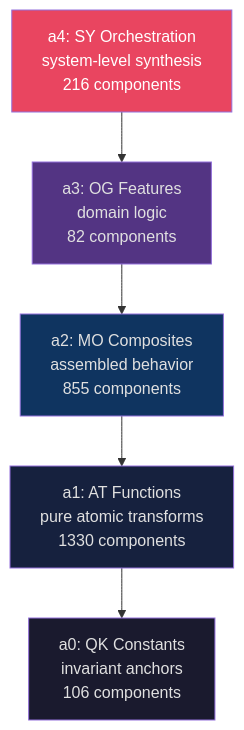
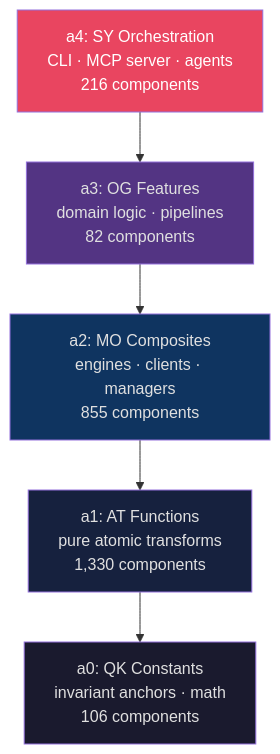
One commit to AAAA-Nexus/ASS-ADE changed the first of 2 diagrams in README.md. Above: the diagram before and after it, drawn with Mermaid. The commit also changed other lines of this file, not shown here.

First line of the commit message:
docs(README): enhanced showcase — full CLI catalog, AAAA-Nexus, MCP 2025-11-25

````diff
--- a/README.md
+++ b/README.md
@@ -97,14 +95,14 @@
 ```mermaid
 graph TD
-    a4[a4: SY Orchestration<br/>system-level synthesis<br/>216 components] --> a3
-    a3[a3: OG Features<br/>domain logic<br/>82 components] --> a2
-    a2[a2: MO Composites<br/>assembled behavior<br/>855 components] --> a1
-    a1[a1: AT Functions<br/>pure atomic transforms<br/>1330 components] --> a0
-    a0[a0: QK Constants<br/>invariant anchors<br/>106 components]
+    a4[a4: SY Orchestration<br/>CLI · MCP server · agents<br/>216 components] --> a3
+    a3[a3: OG Features<br/>domain logic · pipelines<br/>82 components] --> a2
+    a2[a2: MO Composites<br/>engines · clients · managers<br/>855 components] --> a1
+    a1[a1: AT Functions<br/>pure atomic transforms<br/>1,330 components] --> a0
+    a0[a0: QK Constants<br/>invariant anchors · math<br/>106 components]
 
     style a0 fill:#1a1a2e,color:#e0e0e0
     style a1 fill:#16213e,color:#e0e0e0
     style a2 fill:#0f3460,color:#e0e0e0
     style a3 fill:#533483,color:#e0e0e0
     style a4 fill:#e94560,color:#ffffff
 ```
````
